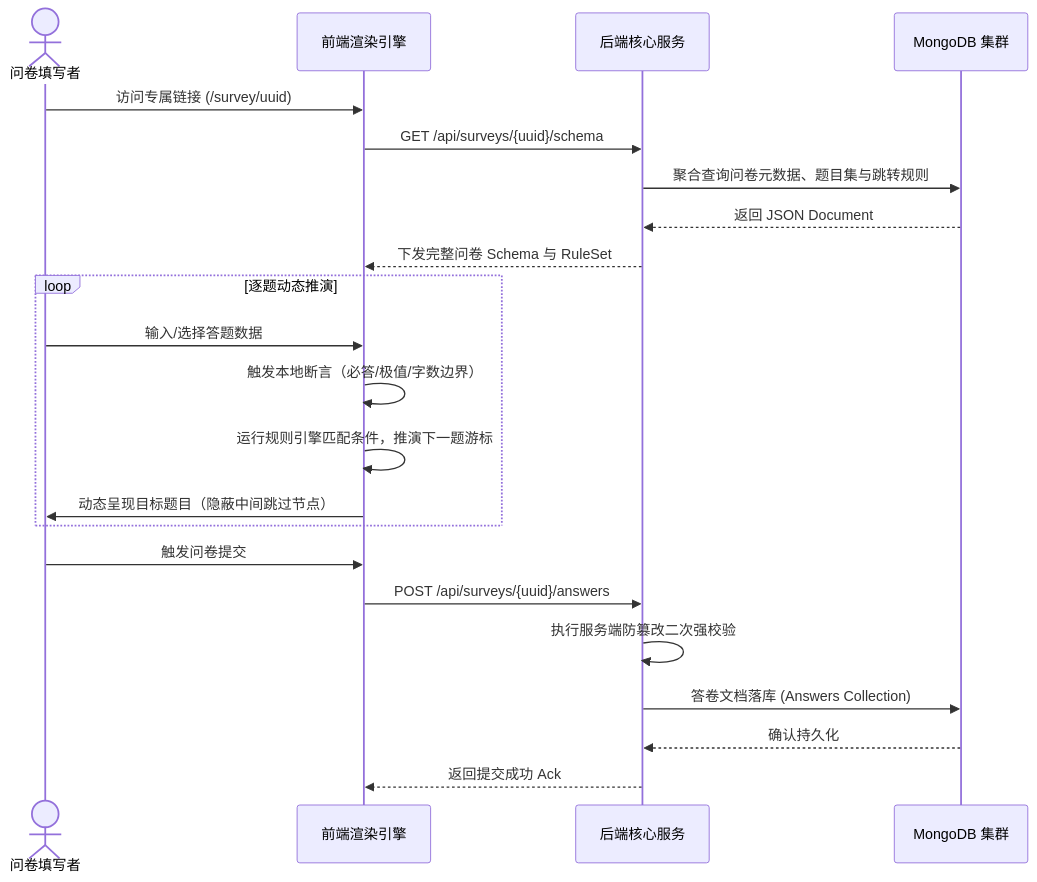
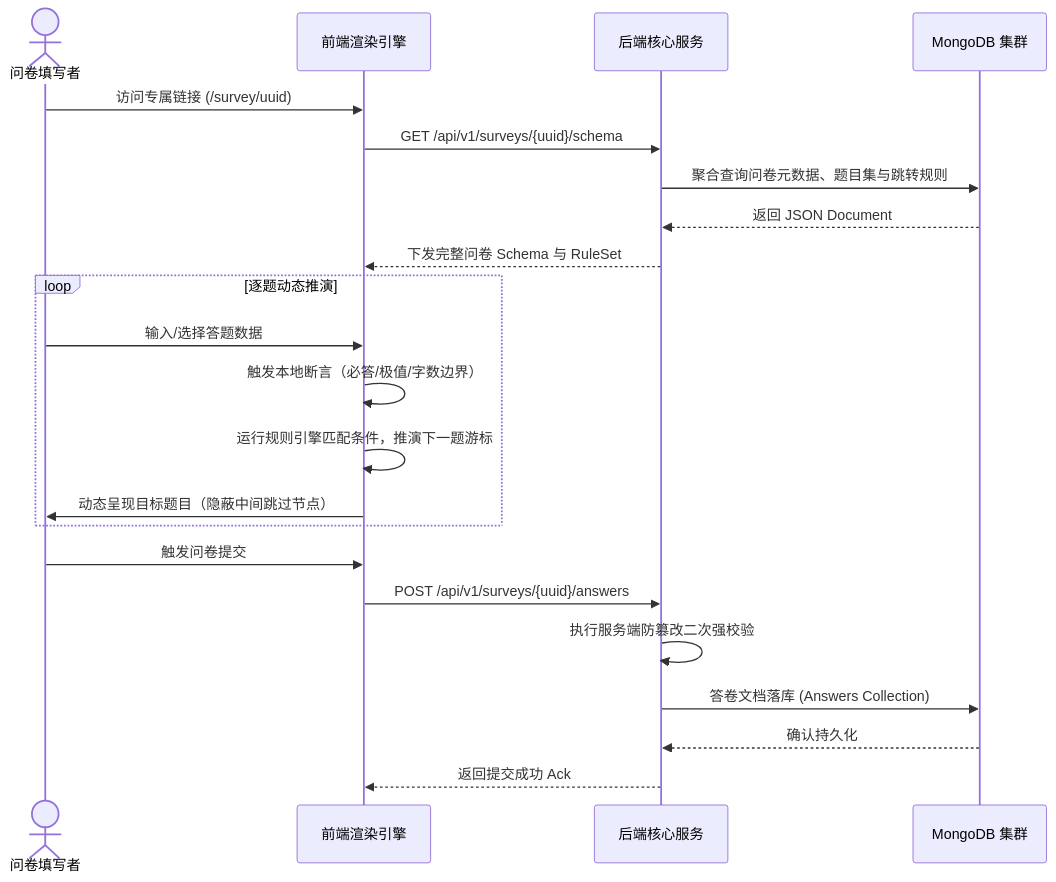
The third of 6 diagrams in doc/02-architecture.md (4bqwq/fastapi-mongo-survey), drawn with Mermaid before and after one commit. The commit also changed other lines of this file and 3 other files, not shown here.

````diff
--- a/doc/02-architecture.md
+++ b/doc/02-architecture.md
@@ -78,27 +75,27 @@
 ```mermaid
 sequenceDiagram
     actor User as 问卷填写者
     participant UI as 前端渲染引擎
     participant API as 后端核心服务
     participant DB as MongoDB 集群
 
     User->>UI: 访问专属链接 (/survey/uuid)
-    UI->>API: GET /api/surveys/{uuid}/schema
+    UI->>API: GET /api/v1/surveys/{uuid}/schema
     API->>DB: 聚合查询问卷元数据、题目集与跳转规则
     DB-->>API: 返回 JSON Document
     API-->>UI: 下发完整问卷 Schema 与 RuleSet
     
     loop 逐题动态推演
         User->>UI: 输入/选择答题数据
         UI->>UI: 触发本地断言（必答/极值/字数边界）
         UI->>UI: 运行规则引擎匹配条件，推演下一题游标
         UI->>User: 动态呈现目标题目（隐蔽中间跳过节点）
     end
     
     User->>UI: 触发问卷提交
-    UI->>API: POST /api/surveys/{uuid}/answers
+    UI->>API: POST /api/v1/surveys/{uuid}/answers
     API->>API: 执行服务端防篡改二次强校验
     API->>DB: 答卷文档落库 (Answers Collection)
     DB-->>API: 确认持久化
     API-->>UI: 返回提交成功 Ack
 ```
````
